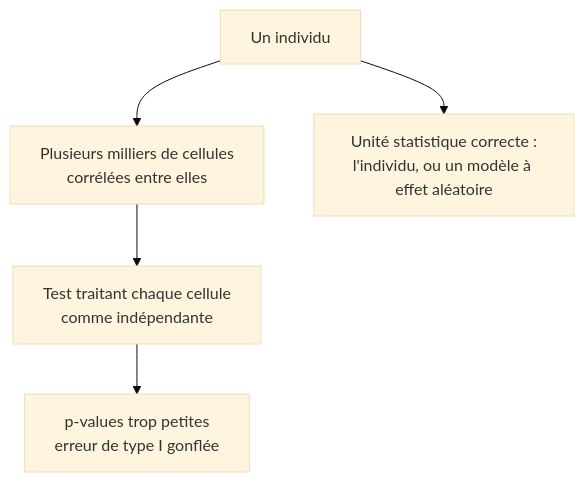
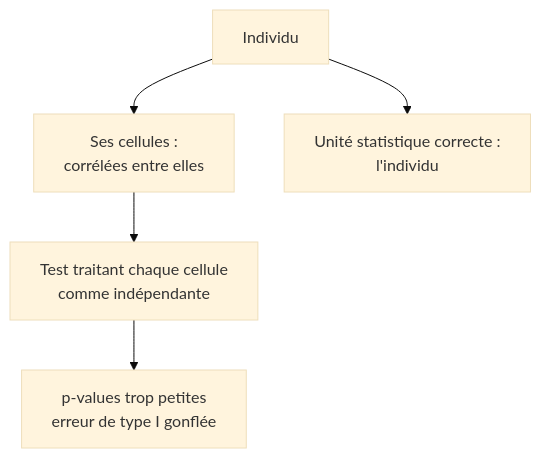
One commit to aristidinahfaifa-afk/Projet_methodo changed the fourth of 7 diagrams in Notes/Mini-cours/cours-erreur-type-1.md. Above: the diagram before and after it, drawn with Mermaid (base theme). The commit also changed other lines of this file and 19 other files, not shown here.

````diff
--- a/Notes/Mini-cours/cours-erreur-type-1.md
+++ b/Notes/Mini-cours/cours-erreur-type-1.md
@@ -6008,7 +9510,7 @@
 ```mermaid
 flowchart TB
-    P["Un individu"] --> C["Plusieurs milliers de cellules<br/>corrélées entre elles"]
+    I["Individu"] --> C["Ses cellules :<br/>corrélées entre elles"]
     C --> F["Test traitant chaque cellule<br/>comme indépendante"]
     F --> X["p-values trop petites<br/>erreur de type I gonflée"]
-    P --> OK["Unité statistique correcte :<br/>l'individu, ou un modèle à effet aléatoire"]
+    I --> OK["Unité statistique correcte :<br/>l'individu"]
 ```
````
